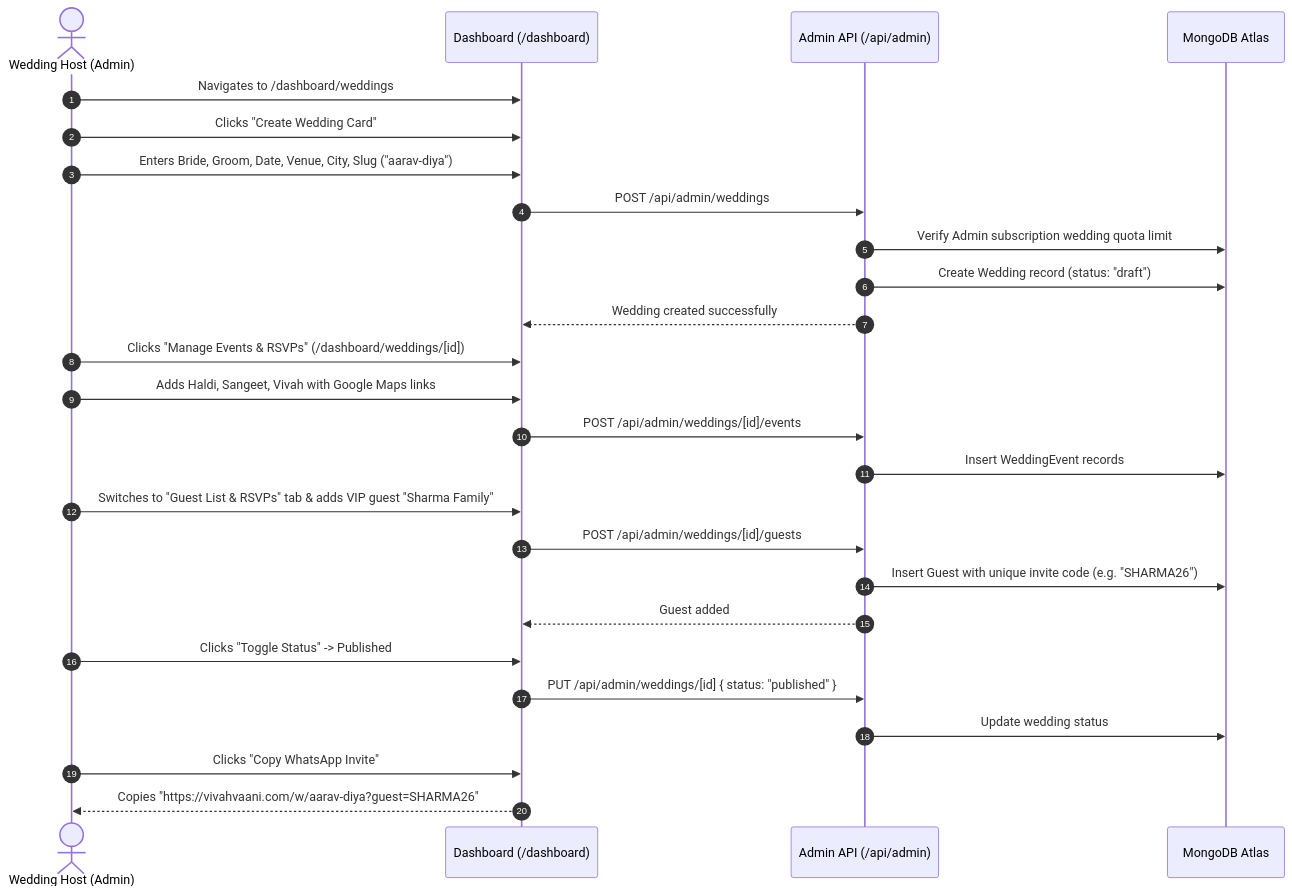
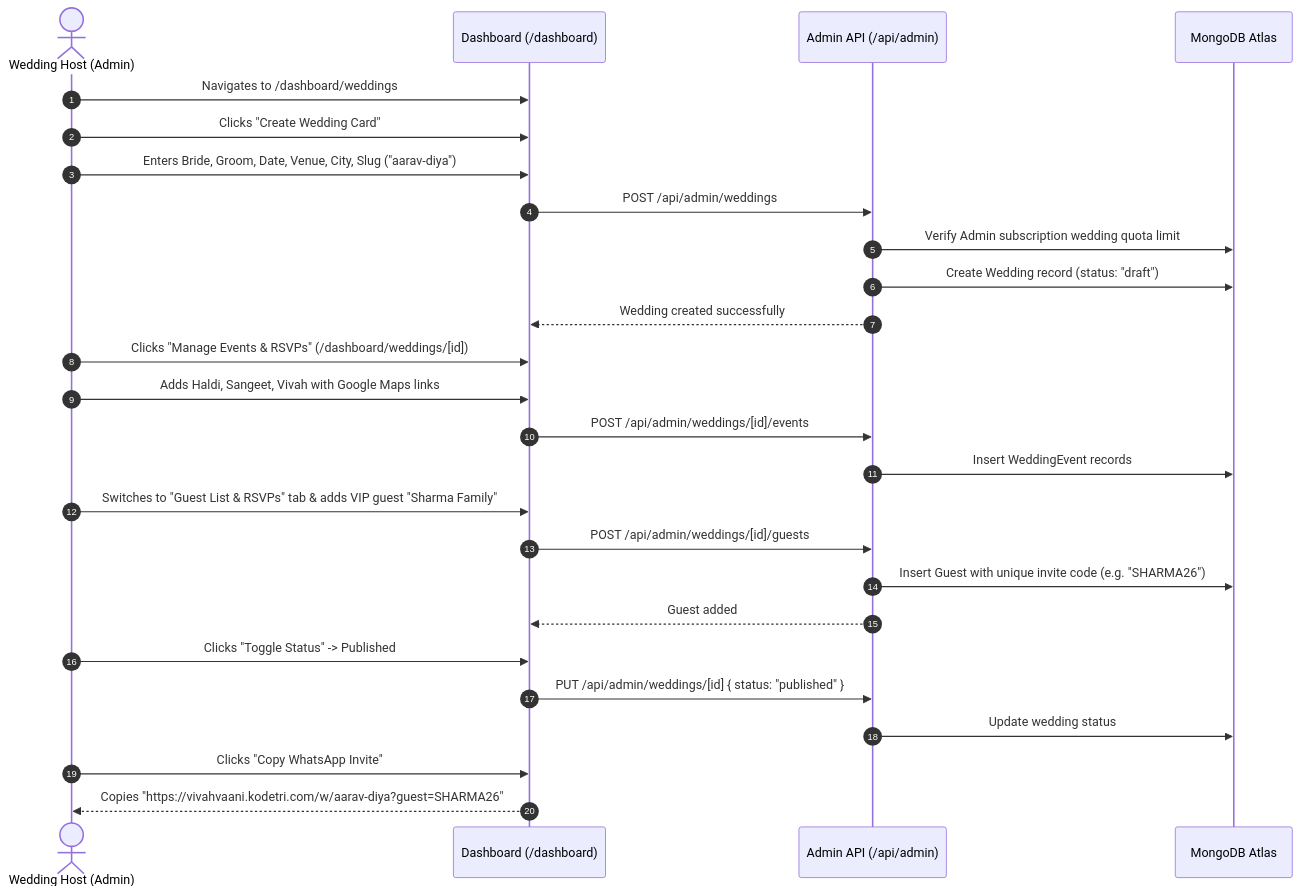
The third of 5 diagrams in PROJECT_OVERVIEW.md (kodetritechnologies/wedding-invitation), drawn with Mermaid before and after one commit. The commit also changed other lines of this file and 89 other files, not shown here.

````diff
--- a/PROJECT_OVERVIEW.md
+++ b/PROJECT_OVERVIEW.md
@@ -304,32 +304,32 @@
 ```mermaid
 sequenceDiagram
     autonumber
     actor Host as Wedding Host (Admin)
     participant Dash as Dashboard (/dashboard)
     participant API as Admin API (/api/admin)
     participant DB as MongoDB Atlas
 
     Host->>Dash: Navigates to /dashboard/weddings
     Host->>Dash: Clicks "Create Wedding Card"
     Host->>Dash: Enters Bride, Groom, Date, Venue, City, Slug ("aarav-diya")
     Dash->>API: POST /api/admin/weddings
     API->>DB: Verify Admin subscription wedding quota limit
     API->>DB: Create Wedding record (status: "draft")
     API-->>Dash: Wedding created successfully
 
     Host->>Dash: Clicks "Manage Events & RSVPs" (/dashboard/weddings/[id])
     Host->>Dash: Adds Haldi, Sangeet, Vivah with Google Maps links
     Dash->>API: POST /api/admin/weddings/[id]/events
     API->>DB: Insert WeddingEvent records
 
     Host->>Dash: Switches to "Guest List & RSVPs" tab & adds VIP guest "Sharma Family"
     Dash->>API: POST /api/admin/weddings/[id]/guests
     API->>DB: Insert Guest with unique invite code (e.g. "SHARMA26")
     API-->>Dash: Guest added
 
     Host->>Dash: Clicks "Toggle Status" -> Published
     Dash->>API: PUT /api/admin/weddings/[id] { status: "published" }
     API->>DB: Update wedding status
     Host->>Dash: Clicks "Copy WhatsApp Invite"
-    Dash-->>Host: Copies "https://vivahvaani.com/w/aarav-diya?guest=SHARMA26"
+    Dash-->>Host: Copies "https://vivahvaani.kodetri.com/w/aarav-diya?guest=SHARMA26"
 ```
````
